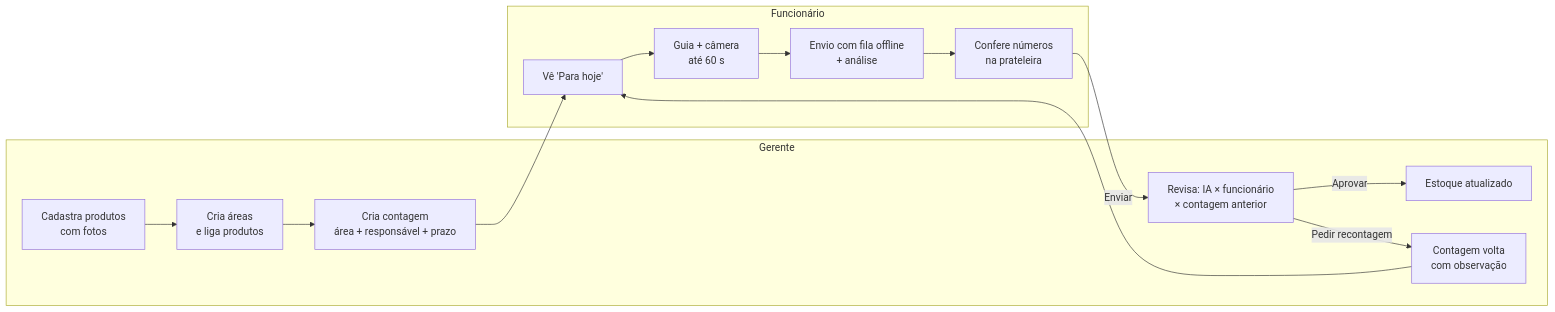
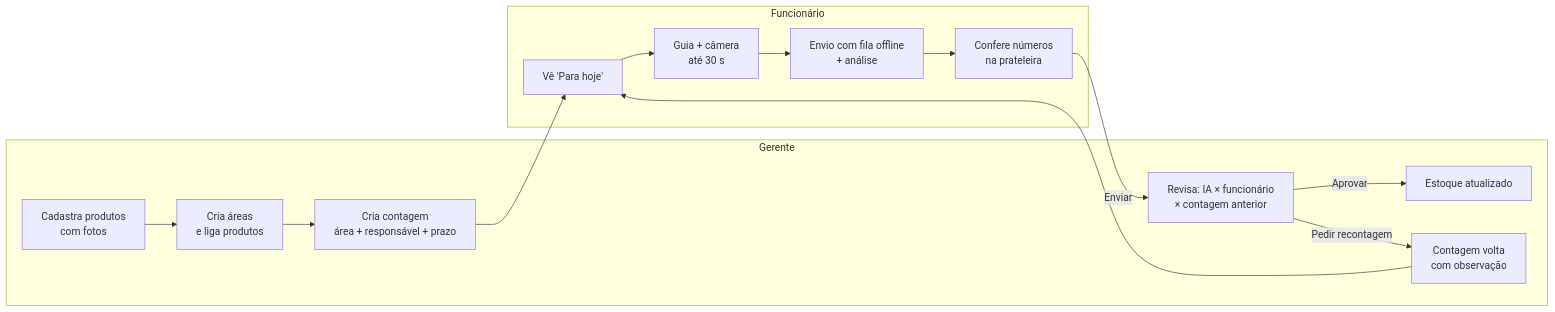
The first of 2 diagrams in docs/arquitetura.md (wscneto/contabot), drawn with Mermaid before and after one commit. The commit also changed 6 other files, not shown here.

````diff
--- a/docs/arquitetura.md
+++ b/docs/arquitetura.md
@@ -14,17 +14,17 @@
 ```mermaid
 flowchart LR
   subgraph Gerente
     A[Cadastra produtos<br/>com fotos] --> B[Cria áreas<br/>e liga produtos]
     B --> C[Cria contagem<br/>área + responsável + prazo]
     G[Revisa: IA × funcionário<br/>× contagem anterior] -->|Aprovar| H[Estoque atualizado]
     G -->|Pedir recontagem| C2[Contagem volta<br/>com observação]
   end
   subgraph Funcionário
-    D[Vê 'Para hoje'] --> E[Guia + câmera<br/>até 60 s]
+    D[Vê 'Para hoje'] --> E[Guia + câmera<br/>até 30 s]
     E --> F[Envio com fila offline<br/>+ análise]
     F --> F2[Confere números<br/>na prateleira]
     F2 -->|Enviar| G
   end
   C --> D
   C2 --> D
 ```
````
